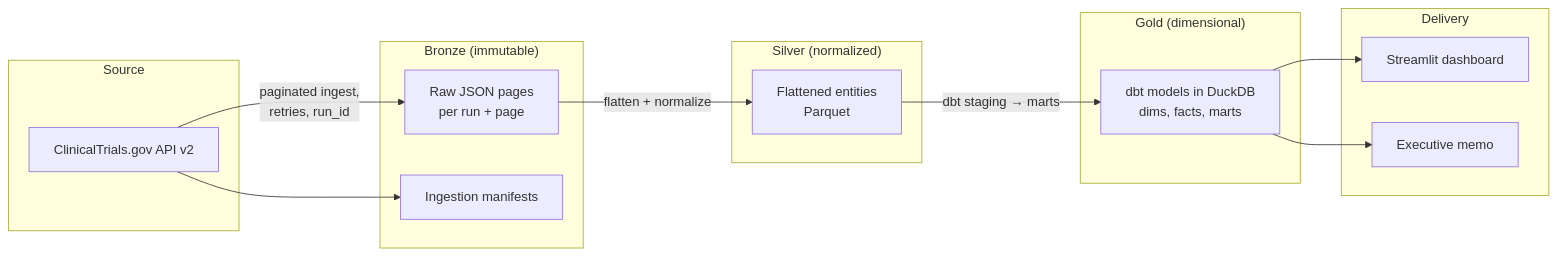
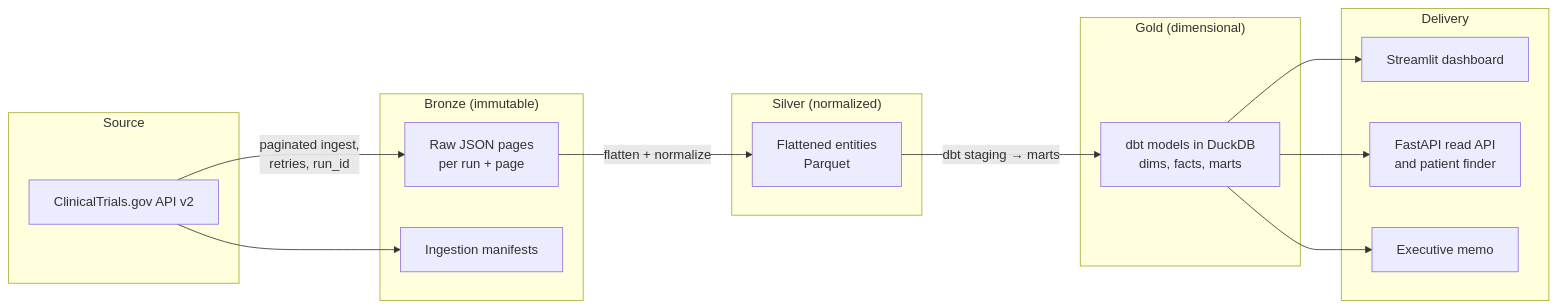
Before and after one commit to ne1cc/cti-dashboard: the first of 2 diagrams in README.md, drawn with Mermaid. The commit also changed other lines of this file, not shown here.

Commit message:
docs(readme): rewrite as a project demo with the current surfaces, presets and roadmap

````diff
--- a/README.md
+++ b/README.md
@@ -82,26 +88,28 @@
 ```mermaid
 flowchart LR
     subgraph Source
         CTG[ClinicalTrials.gov API v2]
     end
     subgraph Bronze["Bronze (immutable)"]
         RAW[Raw JSON pages<br/>per run + page]
         MAN[Ingestion manifests]
     end
     subgraph Silver["Silver (normalized)"]
         ENT[Flattened entities<br/>Parquet]
     end
     subgraph Gold["Gold (dimensional)"]
         DBT[dbt models in DuckDB<br/>dims, facts, marts]
     end
     subgraph Delivery
         APP[Streamlit dashboard]
+        API[FastAPI read API<br/>and patient finder]
         MEMO[Executive memo]
     end
     CTG -->|paginated ingest,<br/>retries, run_id| RAW
     CTG --> MAN
     RAW -->|flatten + normalize| ENT
     ENT -->|dbt staging → marts| DBT
     DBT --> APP
+    DBT --> API
     DBT --> MEMO
 ```
````
